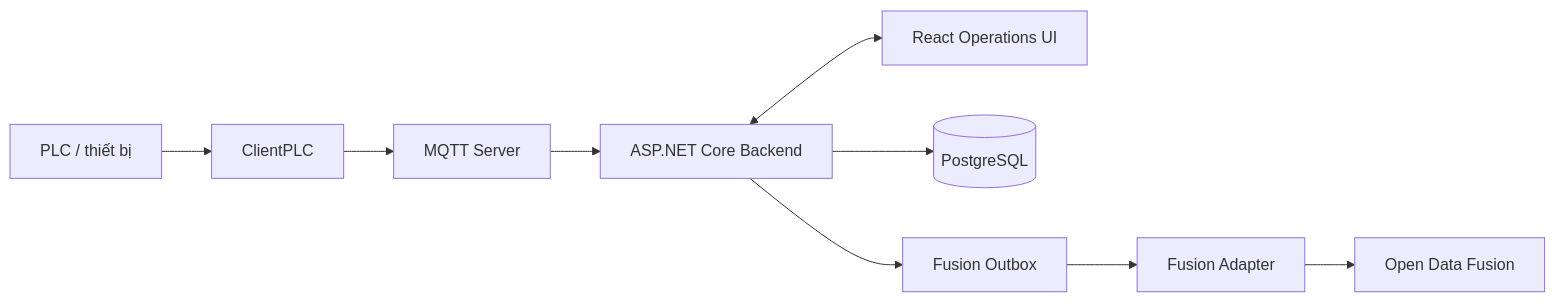
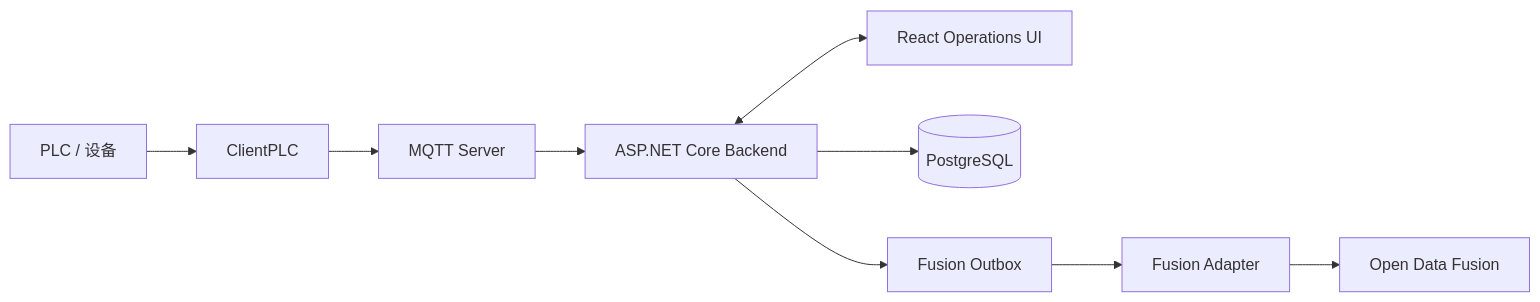
Before and after one commit to HaydernCenterpoint/Foxconn-AI-Solution: the diagram in README.zh-CN.md, drawn with Mermaid. The commit also changed other lines of this file and 1 other file, not shown here.

````diff
--- a/README.zh-CN.md
+++ b/README.zh-CN.md
@@ -20,11 +20,11 @@
 ```mermaid
 flowchart LR
-    PLC[PLC / thiết bị] --> Client[ClientPLC]
+    PLC[PLC / 设备] --> Client[ClientPLC]
     Client --> MQTT[MQTT Server]
     MQTT --> API[ASP.NET Core Backend]
     API <--> UI[React Operations UI]
     API --> DB[(PostgreSQL)]
     API --> Outbox[Fusion Outbox]
     Outbox --> Adapter[Fusion Adapter]
     Adapter --> ODF[Open Data Fusion]
 ```
````
